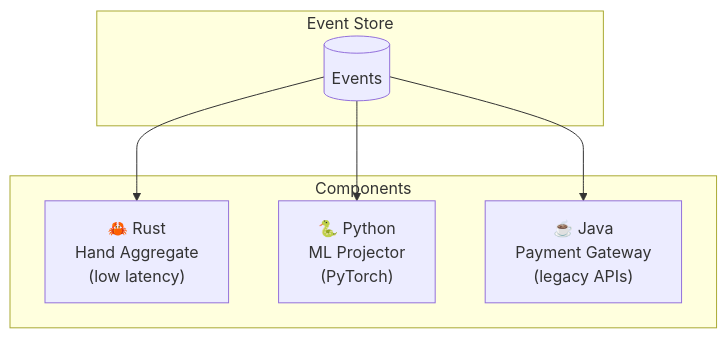
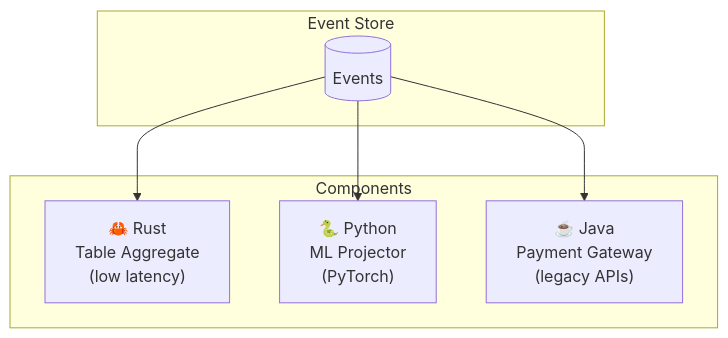
One commit to angzarr-io/angzarr-project changed the diagram in site/src/content/docs/features/polyglot.mdx. Above: the diagram before and after it, drawn with Mermaid. The commit also changed other lines of this file and 18 other files, not shown here.

````diff
--- a/site/src/content/docs/features/polyglot.mdx
+++ b/site/src/content/docs/features/polyglot.mdx
@@ -75,16 +76,16 @@
 ```mermaid
 flowchart TB
     subgraph store["Event Store"]
         events[(Events)]
     end
 
     subgraph components["Components"]
-        rust["🦀 Rust<br/>Hand Aggregate<br/>(low latency)"]
+        rust["🦀 Rust<br/>Table Aggregate<br/>(low latency)"]
         python["🐍 Python<br/>ML Projector<br/>(PyTorch)"]
         java["☕ Java<br/>Payment Gateway<br/>(legacy APIs)"]
     end
 
     events --> rust
     events --> python
     events --> java
 ```
````
